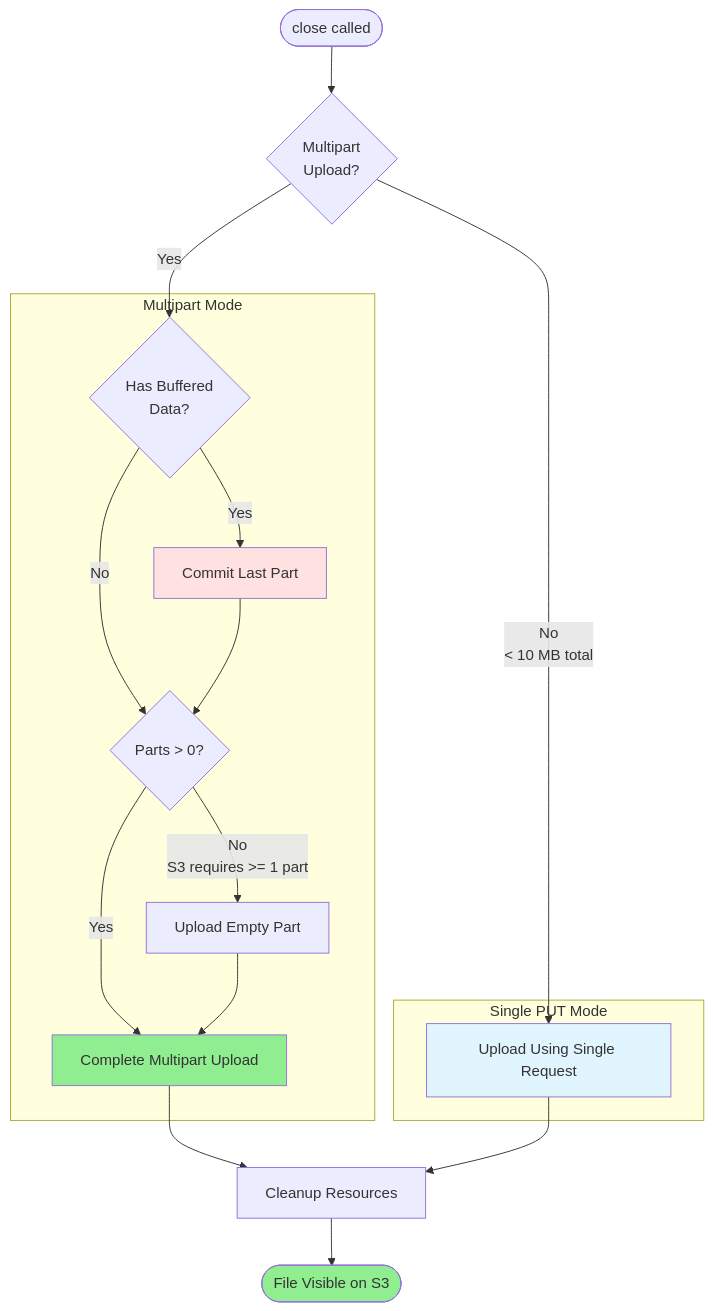
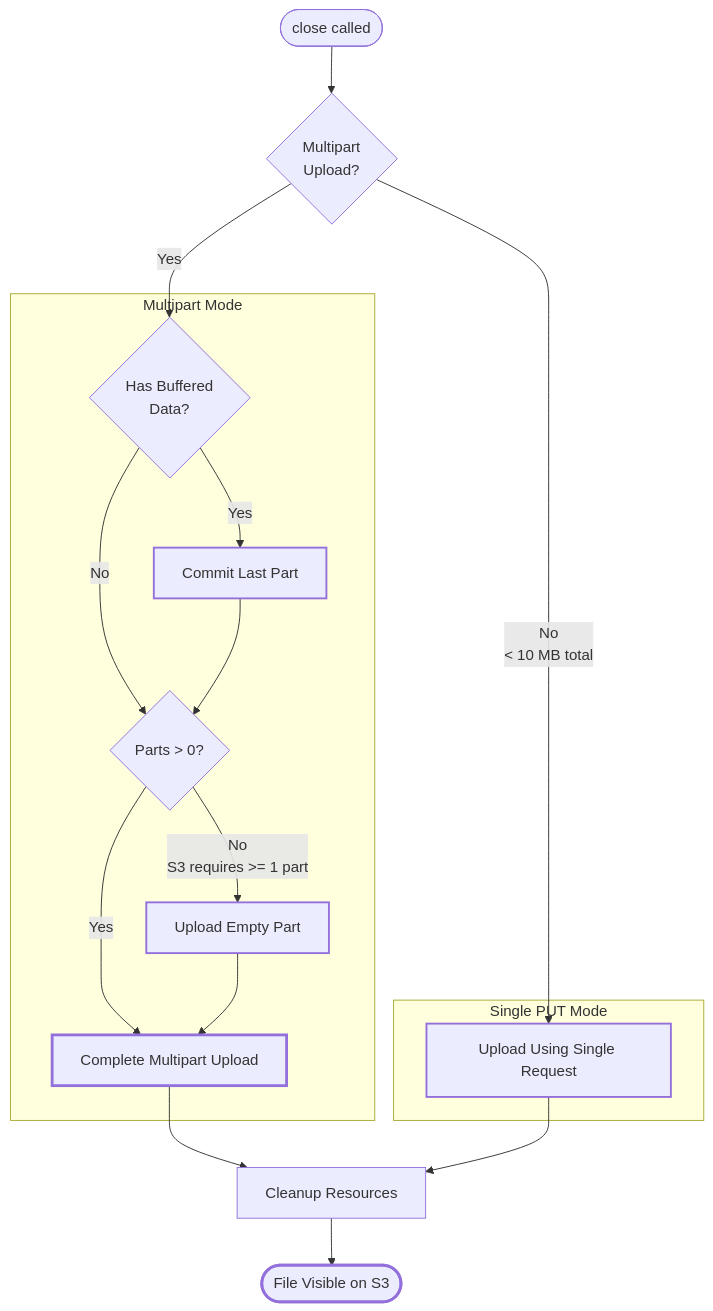
One commit to nferreira/pyarrow-example-to-handle-bronze-data changed the fifth of 6 diagrams in docs/parquet-writer-s3-output-stream.md. Above: the diagram before and after it, drawn with Mermaid. The commit also changed other lines of this file, not shown here.

Commit message:
Refactor flowchart styles in parquet-writer-s3-output-stream documentation for improved clarity and consistency. Updated class definitions for various operations and removed inline styles.

````diff
--- a/docs/parquet-writer-s3-output-stream.md
+++ b/docs/parquet-writer-s3-output-stream.md
@@ -380,42 +378,42 @@
 ```mermaid
 flowchart TD
     Start([close called])
     
     CheckMode{Multipart<br/>Upload?}
     
     subgraph Multipart["Multipart Mode"]
         HasBuffer{Has Buffered<br/>Data?}
         CommitLast[Commit Last Part]
         CheckParts{Parts > 0?}
         UploadEmpty[Upload Empty Part]
         CompleteMP[Complete Multipart Upload]
     end
     
     subgraph Single["Single PUT Mode"]
         UploadSingle[Upload Using Single Request]
     end
     
     Cleanup[Cleanup Resources]
     Done([File Visible on S3])
     
     Start --> CheckMode
     
     CheckMode -->|Yes| HasBuffer
     HasBuffer -->|Yes| CommitLast
     HasBuffer -->|No| CheckParts
     CommitLast --> CheckParts
     CheckParts -->|No<br/>S3 requires >= 1 part| UploadEmpty
     CheckParts -->|Yes| CompleteMP
     UploadEmpty --> CompleteMP
     CompleteMP --> Cleanup
     
     CheckMode -->|No<br/>< 10 MB total| UploadSingle
     UploadSingle --> Cleanup
     
     Cleanup --> Done
     
-    style CommitLast fill:#ffe1e1
-    style CompleteMP fill:#90EE90
-    style UploadSingle fill:#e1f5ff
-    style Done fill:#90EE90
+    classDef uploadStyle stroke-width:2px
+    classDef completeStyle stroke-width:3px
+    class CommitLast,UploadSingle,UploadEmpty uploadStyle
+    class CompleteMP,Done completeStyle
 ```
````
